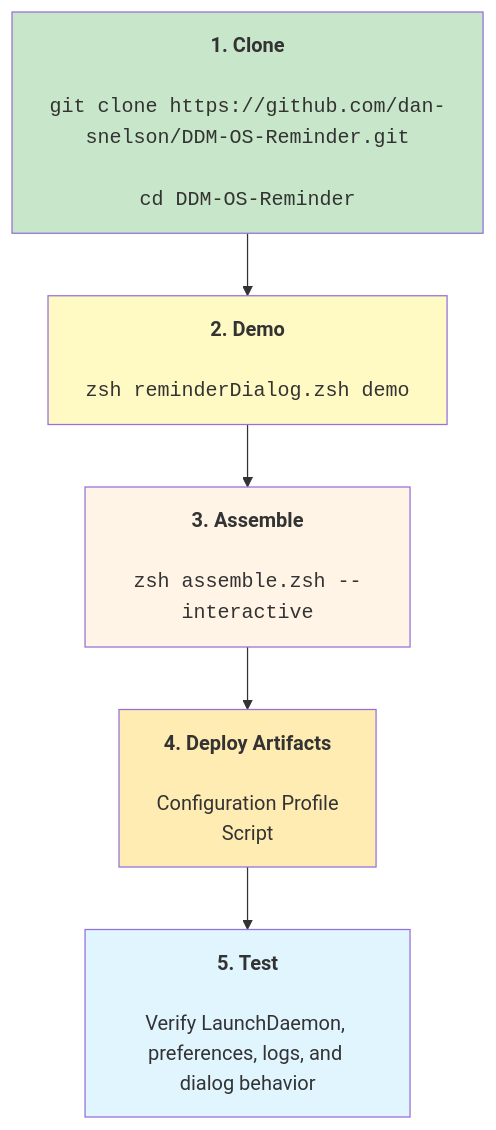
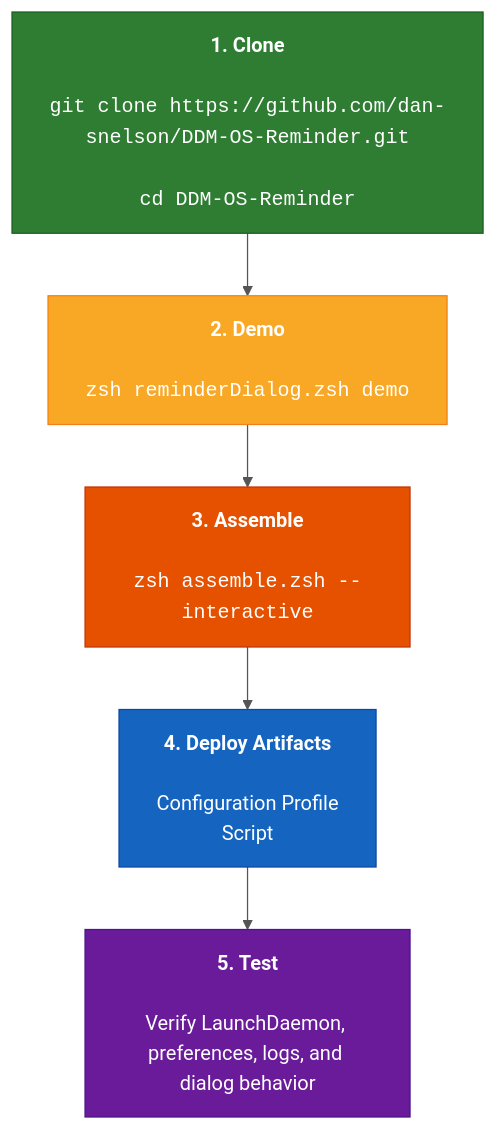
One commit to dan-snelson/DDM-OS-Reminder changed the diagram in Diagrams/00-overview.md. Above: the diagram before and after it, drawn with Mermaid.

````diff
--- a/Diagrams/00-overview.md
+++ b/Diagrams/00-overview.md
@@ -5,16 +5,17 @@
 ```mermaid
+%%{init: {'theme': 'base', 'themeVariables': {'primaryColor': '#ffffff', 'lineColor': '#555555', 'fontFamily': 'monospace'}}}%%
 flowchart TD
     Clone["<b>1. Clone</b><br/><br/><code>git&nbsp;clone&nbsp;https://github.com/dan-snelson/DDM-OS-Reminder.git</code><br/><br/><code>cd&nbsp;DDM-OS-Reminder</code>"]
     Demo["<b>2. Demo</b><br/><br/><code>zsh&nbsp;reminderDialog.zsh&nbsp;demo</code>"]
     Assemble["<b>3. Assemble</b><br/><br/><code>zsh&nbsp;assemble.zsh&nbsp;--interactive</code>"]
     Deploy["<b>4. Deploy Artifacts</b><br/><br/>Configuration Profile<br/>Script"]
     Test["<b>5. Test</b><br/><br/>Verify LaunchDaemon, preferences, logs, and dialog behavior"]
 
     Clone --> Demo --> Assemble --> Deploy --> Test
 
-    style Clone fill:#c8e6c9
-    style Demo fill:#fff9c4
-    style Assemble fill:#fff4e6
-    style Deploy fill:#ffecb3
-    style Test fill:#e1f5ff
+    style Clone fill:#2e7d32,color:#ffffff,stroke:#1b5e20
+    style Demo fill:#f9a825,color:#ffffff,stroke:#f57f17
+    style Assemble fill:#e65100,color:#ffffff,stroke:#bf360c
+    style Deploy fill:#1565c0,color:#ffffff,stroke:#0d47a1
+    style Test fill:#6a1b9a,color:#ffffff,stroke:#4a148c
 ```
````
